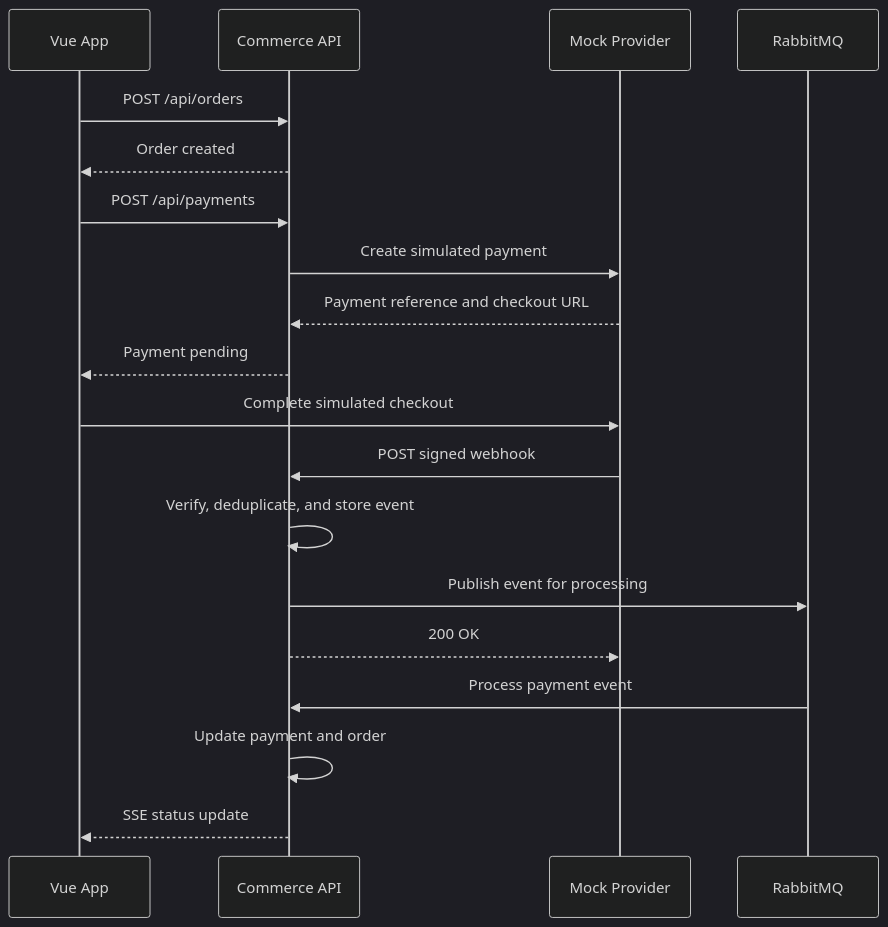
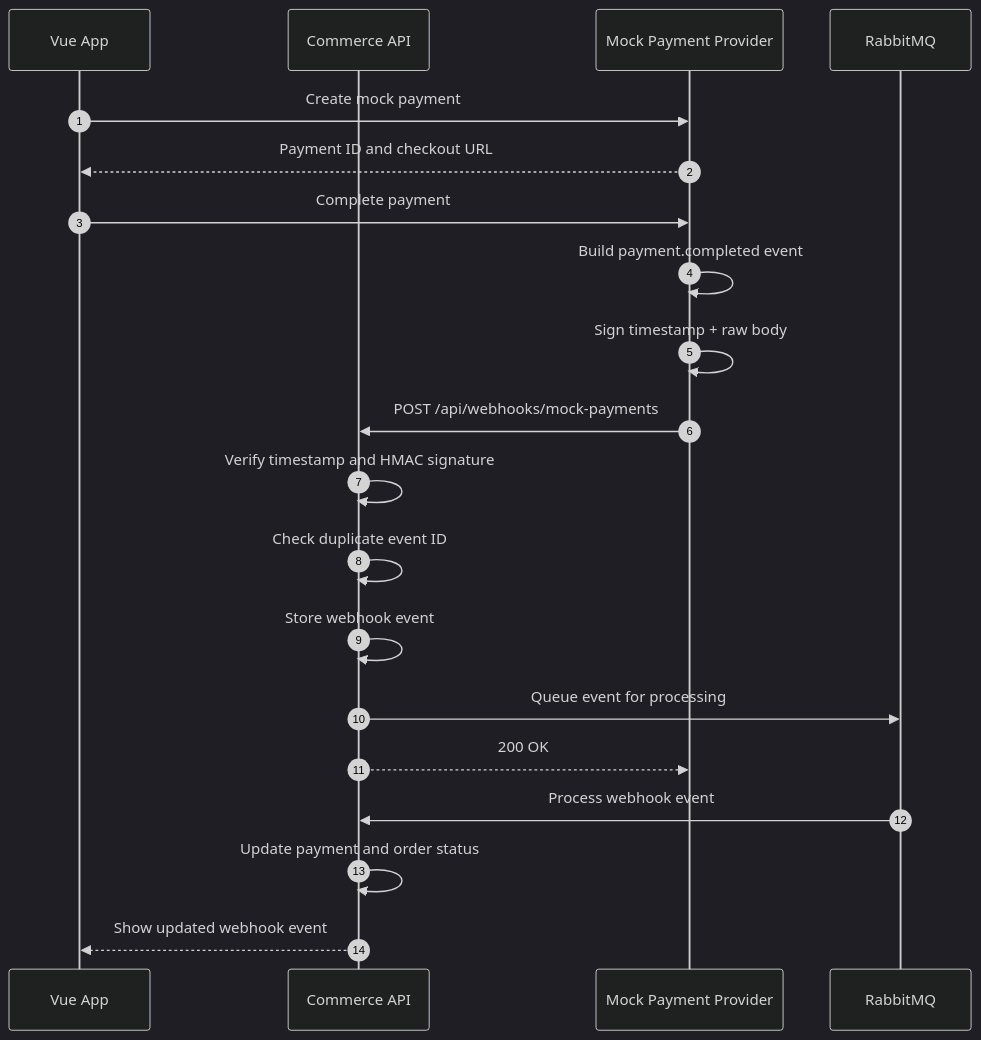
Before and after one commit to vaungsophal/psl-webhook-payment: the diagram in README.md, drawn with Mermaid (dark theme). The commit also changed other lines of this file and 5 other files, not shown here.

````diff
--- a/README.md
+++ b/README.md
@@ -102,22 +31,26 @@
 ```mermaid
 sequenceDiagram
+    autonumber
     participant V as Vue App
     participant C as Commerce API
-    participant P as Mock Provider
+    participant P as Mock Payment Provider
     participant Q as RabbitMQ
 
-    V->>C: POST /api/orders
-    C-->>V: Order created
-    V->>C: POST /api/payments
-    C->>P: Create simulated payment
-    P-->>C: Payment reference and checkout URL
-    C-->>V: Payment pending
-    V->>P: Complete simulated checkout
-    P->>C: POST signed webhook
-    C->>C: Verify, deduplicate, and store event
-    C->>Q: Publish event for processing
+    V->>P: Create mock payment
+    P-->>V: Payment ID and checkout URL
+
+    V->>P: Complete payment
+    P->>P: Build payment.completed event
+    P->>P: Sign timestamp + raw body
+    P->>C: POST /api/webhooks/mock-payments
+
+    C->>C: Verify timestamp and HMAC signature
+    C->>C: Check duplicate event ID
+    C->>C: Store webhook event
+    C->>Q: Queue event for processing
     C-->>P: 200 OK
-    Q->>C: Process payment event
-    C->>C: Update payment and order
-    C-->>V: SSE status update
+
+    Q->>C: Process webhook event
+    C->>C: Update payment and order status
+    C-->>V: Show updated webhook event
 ```
````
